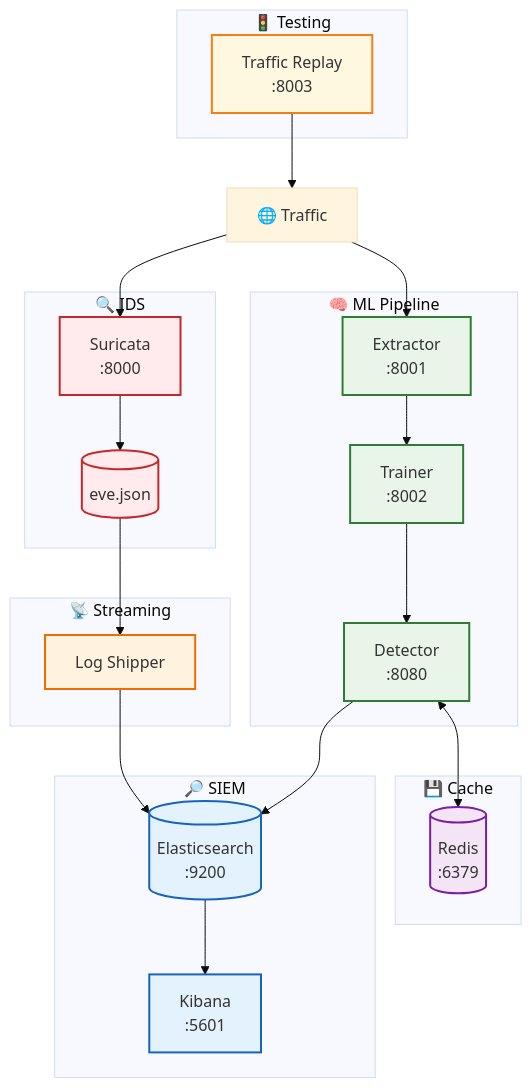
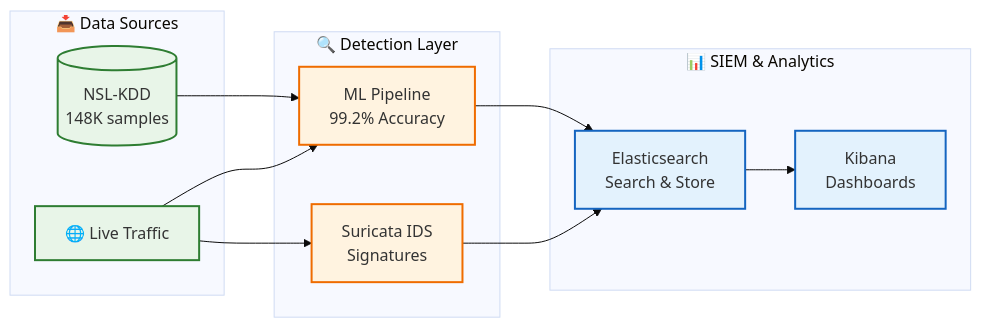
One commit to holdennguyen/suricata-ml-ids changed the diagram in README.md. Above: the diagram before and after it, drawn with Mermaid (base theme). The commit also changed other lines of this file and 18 other files, not shown here.

````diff
--- a/README.md
+++ b/README.md
@@ -94,57 +45,32 @@
 ```mermaid
-flowchart TB
-    NT[🌐 Traffic]
-    
-    subgraph IDS ["🔍 IDS"]
-        S[Suricata<br/>:8000]
-        EVE[(eve.json)]
-        S --> EVE
+flowchart LR
+    subgraph INPUT ["📥 Data Sources"]
+        NSL[(NSL-KDD<br/>148K samples)]
+        NET[🌐 Live Traffic]
     end
     
-    subgraph ML ["🧠 ML Pipeline"]
-        FE[Extractor<br/>:8001]
-        MLT[Trainer<br/>:8002]
-        RD[Detector<br/>:8080]
-        FE --> MLT --> RD
+    subgraph DETECTION ["🔍 Detection Layer"]
+        SUR[Suricata IDS<br/>Signatures]
+        ML[ML Pipeline<br/>99.2% Accuracy]
     end
     
-    subgraph CACHE ["💾 Cache"]
-        Redis[(Redis<br/>:6379)]
+    subgraph SIEM ["📊 SIEM & Analytics"]
+        ES[Elasticsearch<br/>Search & Store]
+        KB[Kibana<br/>Dashboards]
     end
     
-    subgraph STREAM ["📡 Streaming"]
-        LS[Log Shipper]
-    end
+    NSL --> ML
+    NET --> SUR
+    NET --> ML
+    SUR --> ES
+    ML --> ES
+    ES --> KB
     
-    subgraph SIEM ["🔎 SIEM"]
-        ES[(Elasticsearch<br/>:9200)]
-        KB[Kibana<br/>:5601]
-        ES --> KB
-    end
+    classDef input fill:#e8f5e8,stroke:#2e7d32,stroke-width:2px
+    classDef detection fill:#fff3e0,stroke:#ef6c00,stroke-width:2px
+    classDef siem fill:#e3f2fd,stroke:#1565c0,stroke-width:2px
     
-    subgraph TEST ["🚦 Testing"]
-        TR[Traffic Replay<br/>:8003]
-    end
-    
-    NT --> S
-    NT --> FE
-    TR --> NT
-    EVE --> LS
-    LS --> ES
-    RD <--> Redis
-    RD --> ES
-    
-    classDef ids fill:#ffebee,stroke:#c62828,stroke-width:2px
-    classDef ml fill:#e8f5e8,stroke:#2e7d32,stroke-width:2px
-    classDef siem fill:#e3f2fd,stroke:#1565c0,stroke-width:2px
-    classDef stream fill:#fff3e0,stroke:#ef6c00,stroke-width:2px
-    classDef cache fill:#f3e5f5,stroke:#7b1fa2,stroke-width:2px
-    classDef test fill:#fff8e1,stroke:#f57f17,stroke-width:2px
-    
-    class S,EVE ids
-    class FE,MLT,RD ml
+    class NSL,NET input
+    class SUR,ML detection
     class ES,KB siem
-    class LS stream
-    class Redis cache
-    class TR test
 ```
````
